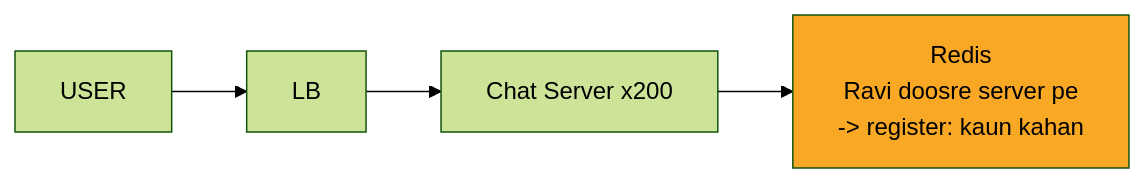
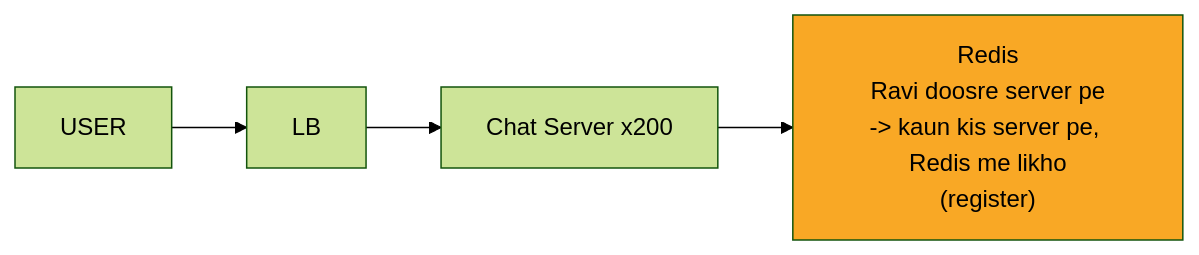
One commit to ArpanMaheshwari144/Prep changed the third of 12 diagrams in 04_HLD/SYSTEM_DESIGNS/14_chat_messaging/14_chat_messaging.md. Above: the diagram before and after it, drawn with Mermaid (forest theme). The commit also changed other lines of this file and 13 other files, not shown here.

````diff
--- a/04_HLD/SYSTEM_DESIGNS/14_chat_messaging/14_chat_messaging.md
+++ b/04_HLD/SYSTEM_DESIGNS/14_chat_messaging/14_chat_messaging.md
@@ -148,11 +148,11 @@
 ```mermaid
 flowchart LR
     n_U["USER"]
     n_LB["LB"]
     n_CS["Chat Server x200"]
-    n_R["Redis<br/>Ravi doosre server pe<br/>-> register: kaun kahan"]
+    n_R["Redis<br/>Ravi doosre server pe<br/>-> kaun kis server pe, Redis me likho<br/>(register)"]
     n_U --> n_LB
     n_LB --> n_CS
     n_CS --> n_R
     style n_R fill:#f9a825,color:#000
 ```
````
